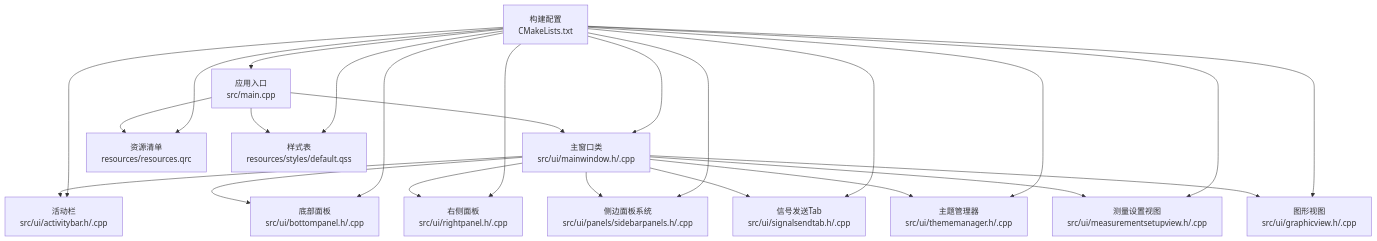
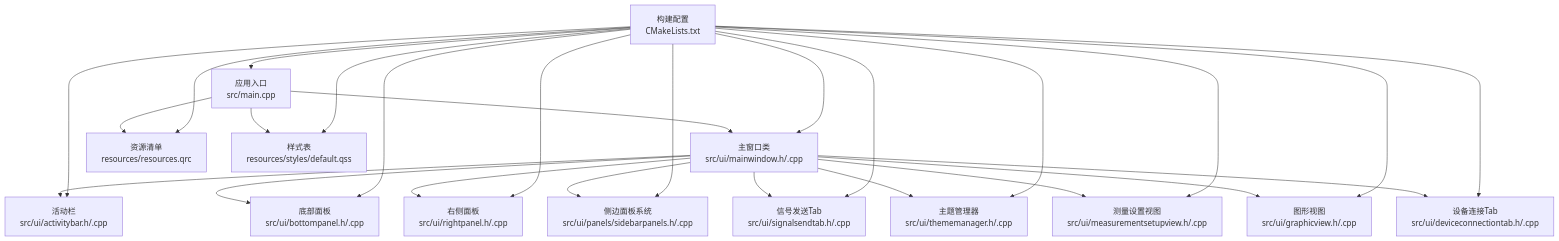
Before and after one commit to jakecai1225-design/OpenBus: the first of 4 diagrams in .qoder/repowiki/zh/content/架构设计/主窗口组件架构.md, drawn with Mermaid. The commit also changed other lines of this file and 35 other files, not shown here.

````diff
--- a/.qoder/repowiki/zh/content/架构设计/主窗口组件架构.md
+++ b/.qoder/repowiki/zh/content/架构设计/主窗口组件架构.md
@@ -72,26 +64,28 @@
 ```mermaid
 graph TB
 A["应用入口<br/>src/main.cpp"] --> B["主窗口类<br/>src/ui/mainwindow.h/.cpp"]
 B --> C["活动栏<br/>src/ui/activitybar.h/.cpp"]
 B --> D["底部面板<br/>src/ui/bottompanel.h/.cpp"]
 B --> E["右侧面板<br/>src/ui/rightpanel.h/.cpp"]
 B --> F["侧边面板系统<br/>src/ui/panels/sidebarpanels.h/.cpp"]
 B --> G["信号发送Tab<br/>src/ui/signalsendtab.h/.cpp"]
 B --> H["主题管理器<br/>src/ui/thememanager.h/.cpp"]
 B --> I["测量设置视图<br/>src/ui/measurementsetupview.h/.cpp"]
 B --> J["图形视图<br/>src/ui/graphicview.h/.cpp"]
-A --> K["资源清单<br/>resources/resources.qrc"]
-A --> L["样式表<br/>resources/styles/default.qss"]
-M["构建配置<br/>CMakeLists.txt"] --> A
-M --> B
-M --> C
-M --> D
-M --> E
-M --> F
-M --> G
-M --> H
-M --> I
-M --> J
-M --> K
-M --> L
+B --> K["设备连接Tab<br/>src/ui/deviceconnectiontab.h/.cpp"]
+A --> L["资源清单<br/>resources/resources.qrc"]
+A --> M["样式表<br/>resources/styles/default.qss"]
+N["构建配置<br/>CMakeLists.txt"] --> A
+N --> B
+N --> C
+N --> D
+N --> E
+N --> F
+N --> G
+N --> H
+N --> I
+N --> J
+N --> K
+N --> L
+N --> M
 ```
````
